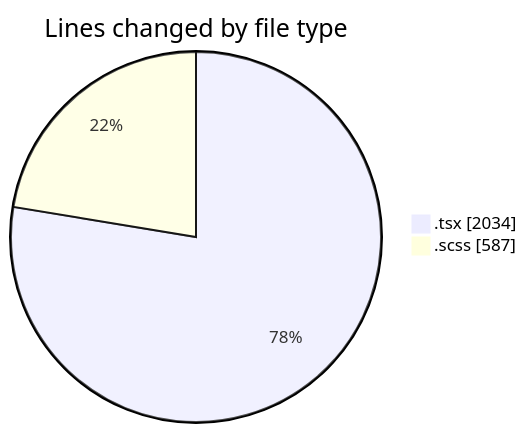
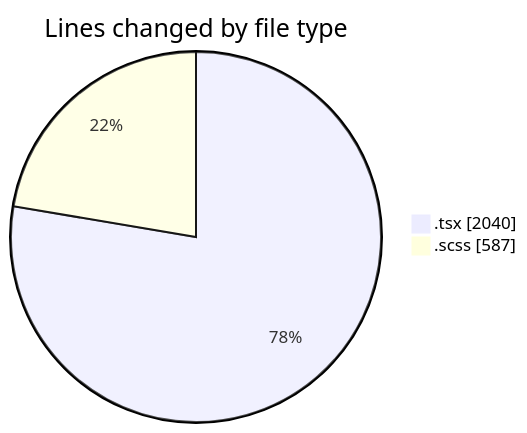
The first of 2 diagrams in 2025-04-07/cda/README.md (momahboobian/code-tracking), drawn with Mermaid before and after one commit. The commit also changed other lines of this file and 1 other file, not shown here.

````diff
--- a/2025-04-07/cda/README.md
+++ b/2025-04-07/cda/README.md
@@ -27,6 +27,6 @@
 ```mermaid
 pie showData
 title Lines changed by file type
-".tsx" : 2034
+".tsx" : 2040
 ".scss" : 587
 ```
````
